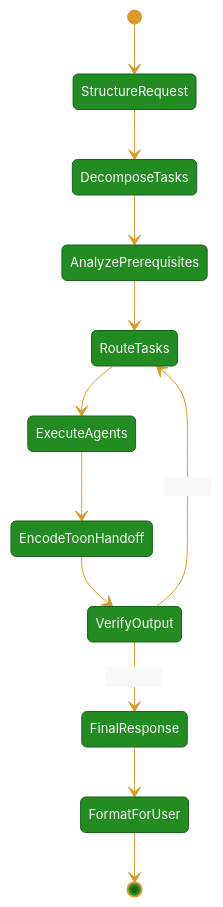
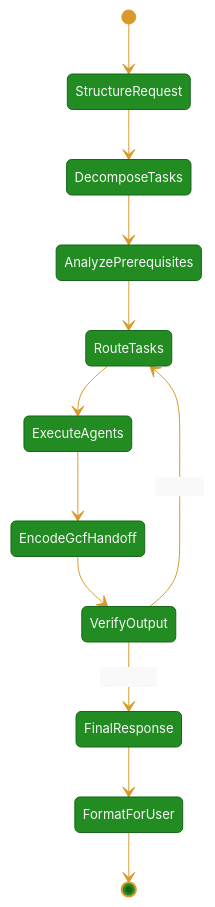
Before and after one commit to Hassaan146/agentic-ai-workflow: the third of 10 diagrams in docs/diagrams.md, drawn with Mermaid. The commit also changed other lines of this file and 18 other files, not shown here.

````diff
--- a/docs/diagrams.md
+++ b/docs/diagrams.md
@@ -111,15 +112,15 @@
 ```mermaid
-%%{init: {'theme': 'base', 'themeVariables': {'fontSize': '13px', 'primaryColor': '#228B22', 'primaryTextColor': '#F9F9F9', 'primaryBorderColor': '#16651A', 'lineColor': '#D99A2B', 'secondaryColor': '#F9F9F9', 'secondaryTextColor': '#228B22', 'tertiaryColor': '#0B0F14', 'tertiaryTextColor': '#F9F9F9', 'background': '#070B10', 'mainBkg': '#228B22', 'secondBkg': '#F9F9F9', 'textColor': '#F9F9F9', 'noteBkgColor': '#F9F9F9', 'noteTextColor': '#228B22'}}}%%
+%%{init: {"theme":"base","themeVariables":{"fontSize":"13px","background":"#070B10","primaryColor":"#228B22","primaryTextColor":"#F9F9F9","primaryBorderColor":"#16651A","secondaryColor":"#F9F9F9","secondaryTextColor":"#101418","tertiaryColor":"#0B0F14","tertiaryTextColor":"#F9F9F9","lineColor":"#D99A2B","textColor":"#F9F9F9","noteBkgColor":"#F9F9F9","noteTextColor":"#101418"}}}%%
 stateDiagram-v2
     [*] --> StructureRequest
     StructureRequest --> DecomposeTasks
     DecomposeTasks --> AnalyzePrerequisites
     AnalyzePrerequisites --> RouteTasks
     RouteTasks --> ExecuteAgents
-    ExecuteAgents --> EncodeToonHandoff
-    EncodeToonHandoff --> VerifyOutput
+    ExecuteAgents --> EncodeGcfHandoff
+    EncodeGcfHandoff --> VerifyOutput
     VerifyOutput --> RouteTasks : improve
     VerifyOutput --> FinalResponse : accepted
     FinalResponse --> FormatForUser
     FormatForUser --> [*]
 ```
````
